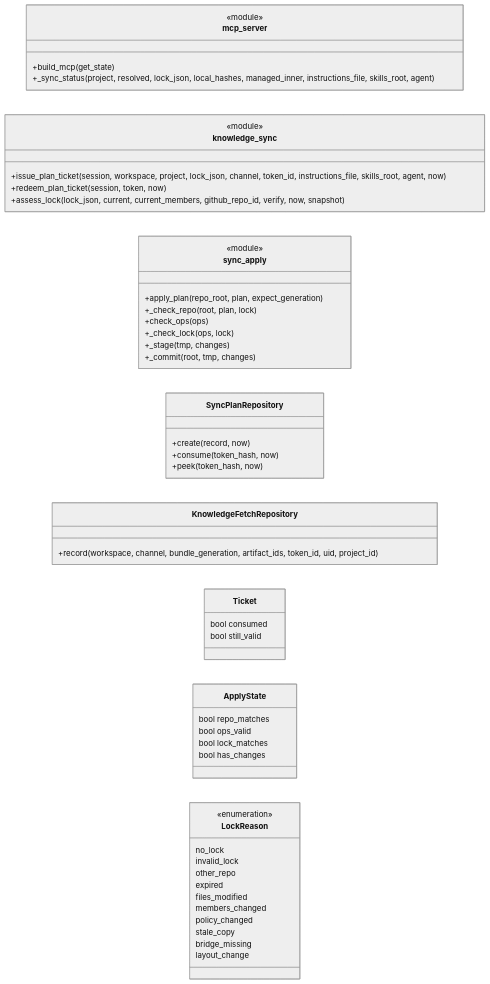
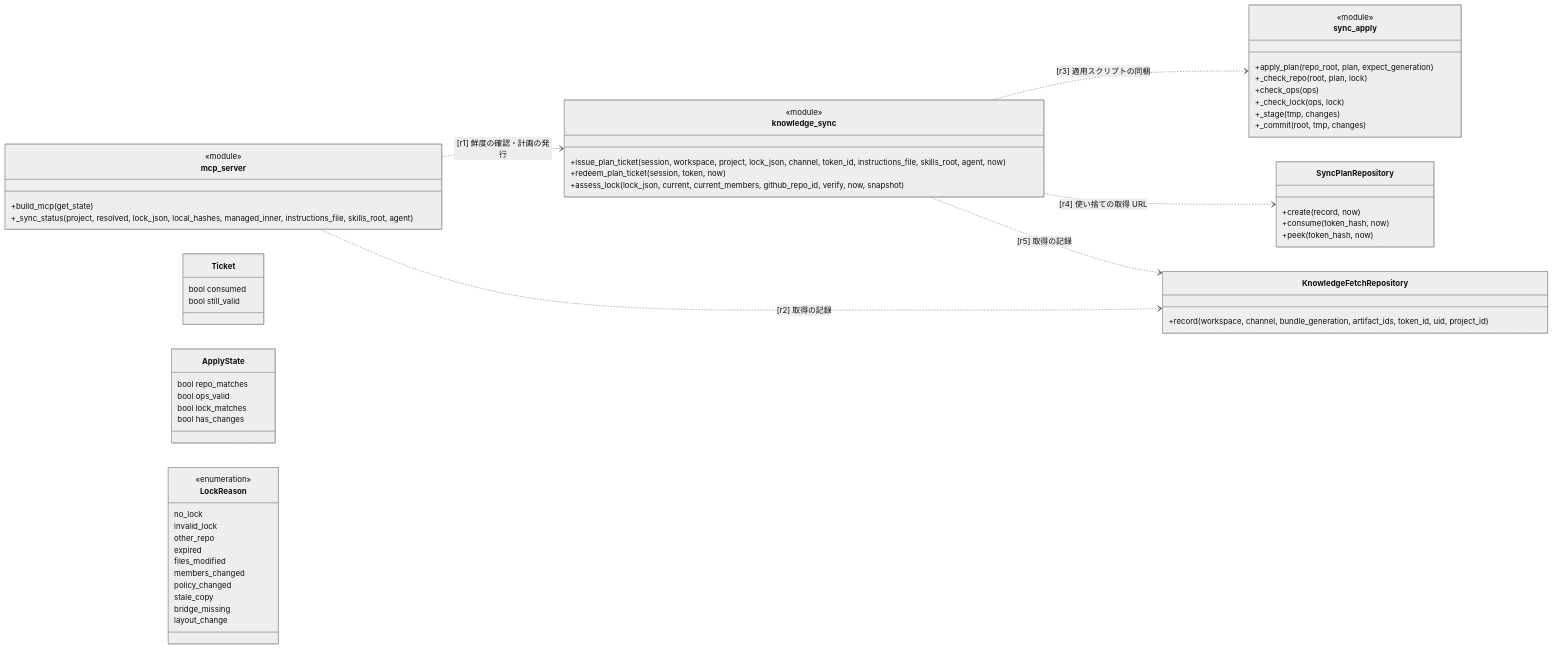
The first of 4 diagrams in .speclino/specs/spec-sync-001.md (tanabe-yudai/speclino), drawn with Mermaid (neutral theme) before and after one commit. The commit also changed other lines of this file and 8 other files, not shown here.

````diff
--- a/.speclino/specs/spec-sync-001.md
+++ b/.speclino/specs/spec-sync-001.md
@@ -70,56 +71,61 @@
 ```mermaid
 %%@ id: sync-vocab
 classDiagram
     direction LR
     class mcp_server {
         <<module>>
         +build_mcp(get_state)
         +_sync_status(project, resolved, lock_json, local_hashes, managed_inner, instructions_file, skills_root, agent)
     }
     class knowledge_sync {
         <<module>>
         +issue_plan_ticket(session, workspace, project, lock_json, channel, token_id, instructions_file, skills_root, agent, now)
         +redeem_plan_ticket(session, token, now)
         +assess_lock(lock_json, current, current_members, github_repo_id, verify, now, snapshot)
     }
     class sync_apply {
         <<module>>
         +apply_plan(repo_root, plan, expect_generation)
         +_check_repo(root, plan, lock)
         +check_ops(ops)
         +_check_lock(ops, lock)
         +_stage(tmp, changes)
         +_commit(root, tmp, changes)
     }
     class SyncPlanRepository {
         +create(record, now)
         +consume(token_hash, now)
         +peek(token_hash, now)
     }
     class KnowledgeFetchRepository {
         +record(workspace, channel, bundle_generation, artifact_ids, token_id, uid, project_id)
     }
     class Ticket {
         bool consumed
         bool still_valid
     }
     class ApplyState {
         bool repo_matches
         bool ops_valid
         bool lock_matches
         bool has_changes
     }
     class LockReason {
         <<enumeration>>
         no_lock
         invalid_lock
         other_repo
         expired
         files_modified
         members_changed
         policy_changed
         stale_copy
         bridge_missing
         layout_change
     }
+    mcp_server ..> knowledge_sync : [r1] 鮮度の確認・計画の発行
+    mcp_server ..> KnowledgeFetchRepository : [r2] 取得の記録
+    knowledge_sync ..> sync_apply : [r3] 適用スクリプトの同梱
+    knowledge_sync ..> SyncPlanRepository : [r4] 使い捨ての取得 URL
+    knowledge_sync ..> KnowledgeFetchRepository : [r5] 取得の記録
 ```
````
